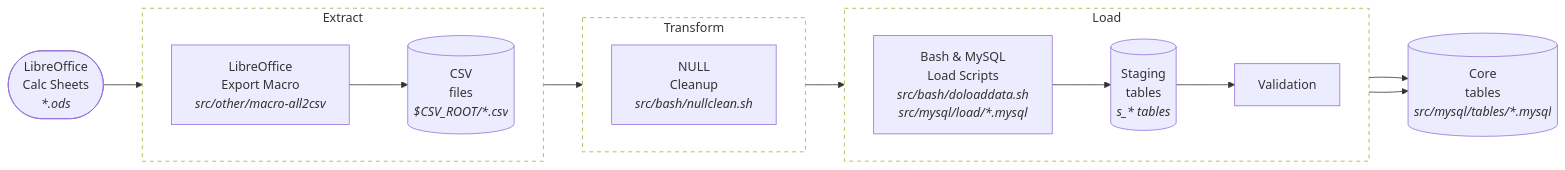
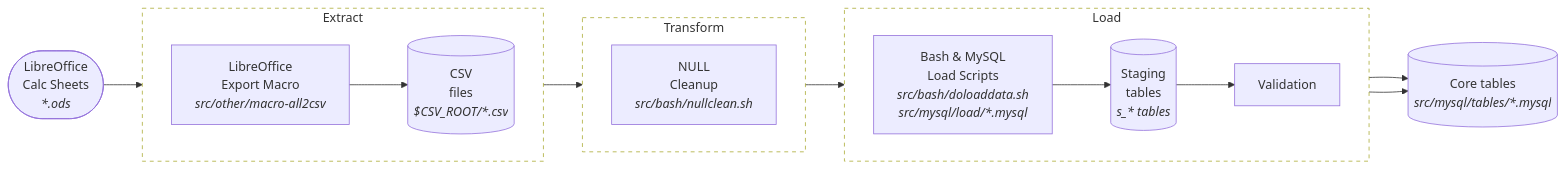
One commit to danderbas/aluminadb changed the diagram in docs/how_it_works.md. Above: the diagram before and after it, drawn with Mermaid. The commit also changed other lines of this file, not shown here.

````diff
--- a/docs/how_it_works.md
+++ b/docs/how_it_works.md
@@ -3,34 +3,34 @@
 ```mermaid
 flowchart LR
   sheet(["LibreOffice<br/>Calc Sheets<br/><i>*.ods</i>"])
 
   sheet --> macro
   subgraph extract_box["Extract"]
     direction LR
     macro["LibreOffice<br/>Export Macro<br/><i>src/other/macro-all2csv</i>"]
     csv[("CSV<br/>files<br/><i>$CSV_ROOT/*.csv</i>")]
     macro --> csv
   end
 
   subgraph transform_box["Transform"]
     direction LR
     clean["NULL<br/>Cleanup<br/><i>src/bash/nullclean.sh</i>"]
   end
 
   subgraph load_box["Load"]
     direction LR
     load["Bash & MySQL<br/>Load Scripts<br/><i>src/bash/doloaddata.sh<br/>src/mysql/load/*.mysql</i>"]
     staging[("Staging<br/>tables<br/><i>s_* tables</i>")]
     validate["Validation"]
     load --> staging --> validate 
   end
 
-  core[("Core<br/>tables<br/><i>src/mysql/tables/*.mysql</i>")]
+  core[("Core tables<br/><i>src/mysql/tables/*.mysql</i>")]
   load --> core
   validate --> core
   csv --> clean --> load
 
   style extract_box fill:none, stroke-dasharray: 5 5
   style transform_box fill:none, stroke-dasharray: 5 5
   style load_box fill:none, stroke-dasharray: 5 5
 ```
````
